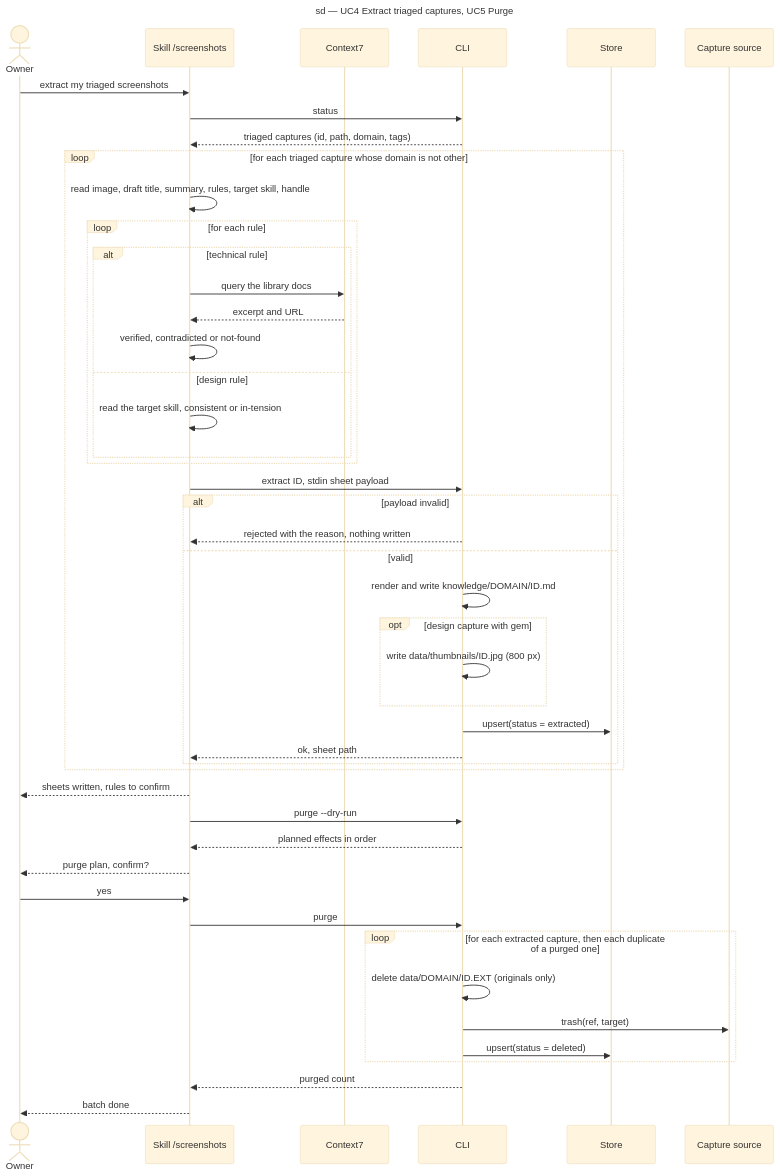
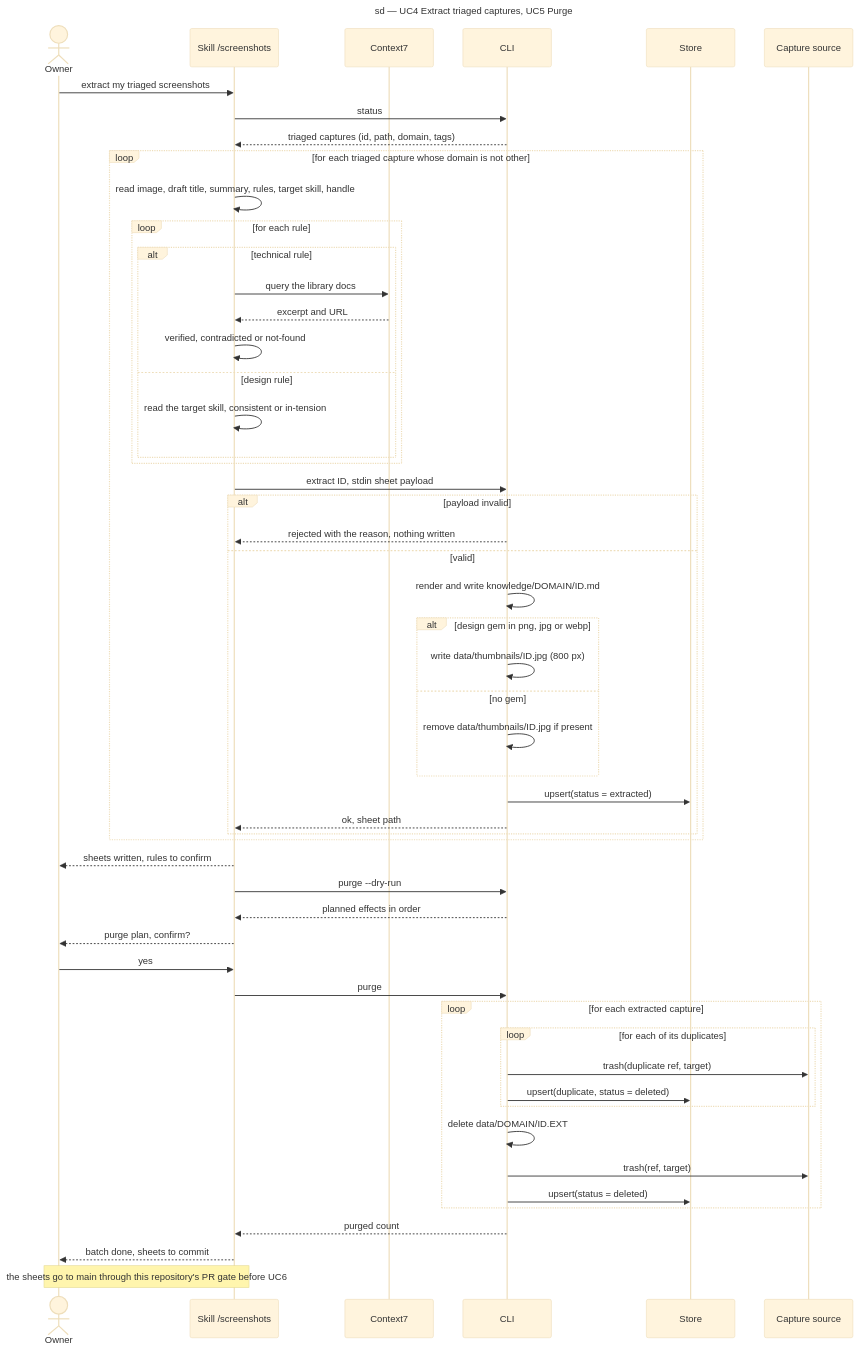
The diagram in docs/architecture/diagrams/extract/02-sequence-extract-batch.md (benoit-bremaud/screenshot-triage), drawn with Mermaid (base theme) before and after one commit. The commit also changed other lines of this file and 12 other files, not shown here.

First line of the commit message:
docs(extract/architecture): fix review round 1 findings

````diff
--- a/docs/architecture/diagrams/extract/02-sequence-extract-batch.md
+++ b/docs/architecture/diagrams/extract/02-sequence-extract-batch.md
@@ -14,49 +14,56 @@
 ```mermaid
 sequenceDiagram
   title sd — UC4 Extract triaged captures, UC5 Purge
   actor Owner
   participant Skill as Skill /screenshots
   participant Docs as Context7
   participant CLI as CLI
   participant Store as Store
   participant Source as Capture source
   Owner->>Skill: extract my triaged screenshots
   Skill->>CLI: status
   CLI-->>Skill: triaged captures (id, path, domain, tags)
   loop for each triaged capture whose domain is not other
     Skill->>Skill: read image, draft title, summary, rules, target skill, handle
     loop for each rule
       alt technical rule
         Skill->>Docs: query the library docs
         Docs-->>Skill: excerpt and URL
         Skill->>Skill: verified, contradicted or not-found
       else design rule
         Skill->>Skill: read the target skill, consistent or in-tension
       end
     end
     Skill->>CLI: extract ID, stdin sheet payload
     alt payload invalid
       CLI-->>Skill: rejected with the reason, nothing written
     else valid
       CLI->>CLI: render and write knowledge/DOMAIN/ID.md
-      opt design capture with gem
+      alt design gem in png, jpg or webp
         CLI->>CLI: write data/thumbnails/ID.jpg (800 px)
+      else no gem
+        CLI->>CLI: remove data/thumbnails/ID.jpg if present
       end
       CLI->>Store: upsert(status = extracted)
       CLI-->>Skill: ok, sheet path
     end
   end
   Skill-->>Owner: sheets written, rules to confirm
   Skill->>CLI: purge --dry-run
   CLI-->>Skill: planned effects in order
   Skill-->>Owner: purge plan, confirm?
   Owner->>Skill: yes
   Skill->>CLI: purge
-  loop for each extracted capture, then each duplicate of a purged one
-    CLI->>CLI: delete data/DOMAIN/ID.EXT (originals only)
+  loop for each extracted capture
+    loop for each of its duplicates
+      CLI->>Source: trash(duplicate ref, target)
+      CLI->>Store: upsert(duplicate, status = deleted)
+    end
+    CLI->>CLI: delete data/DOMAIN/ID.EXT
     CLI->>Source: trash(ref, target)
     CLI->>Store: upsert(status = deleted)
   end
   CLI-->>Skill: purged count
-  Skill-->>Owner: batch done
+  Skill-->>Owner: batch done, sheets to commit
+  Note over Owner,Skill: the sheets go to main through this repository's PR gate before UC6
 ```
````
